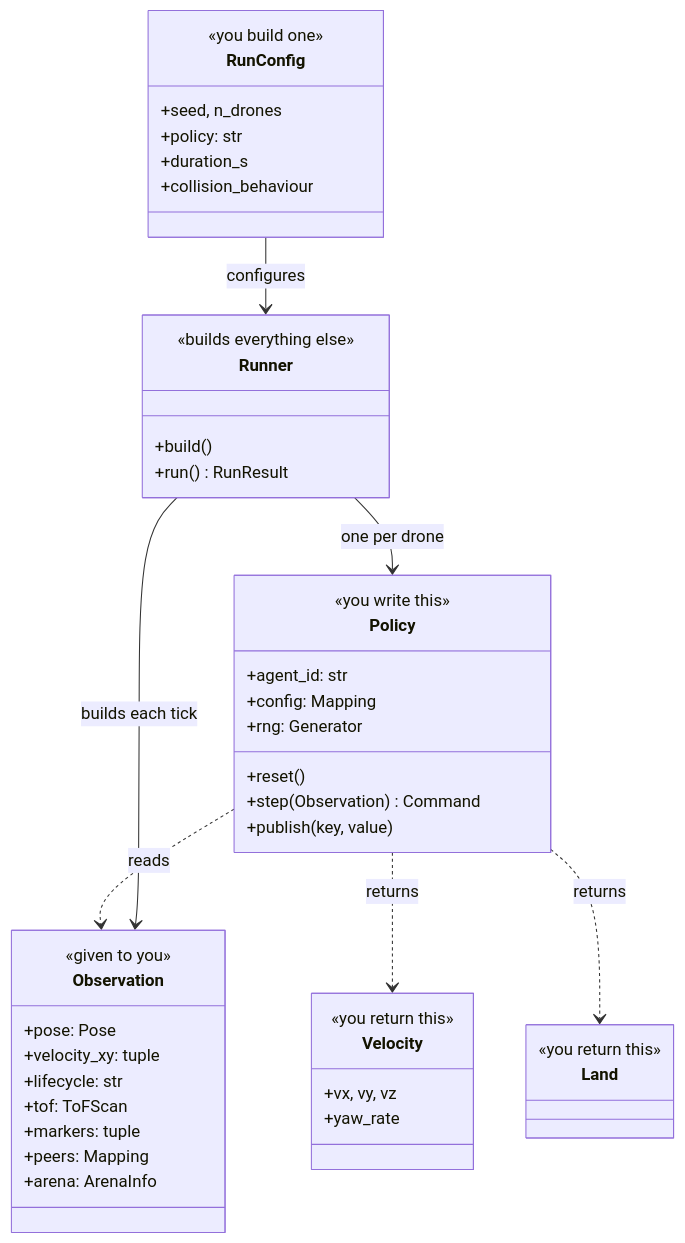
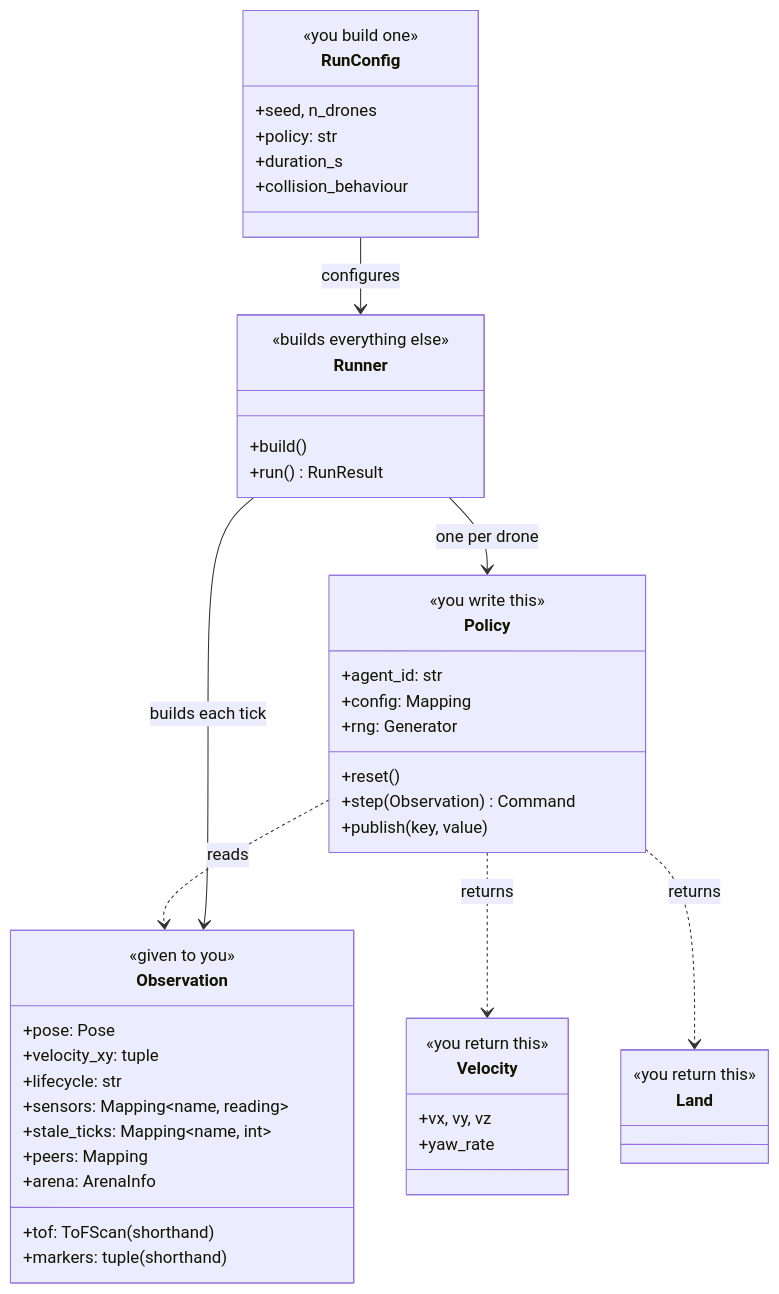
The second of 4 diagrams in ARCHITECTURE.md (nus-safmc/safmc-ir-sim), drawn with Mermaid before and after one commit. The commit also changed other lines of this file and 29 other files, not shown here.

````diff
--- a/ARCHITECTURE.md
+++ b/ARCHITECTURE.md
@@ -93,49 +102,51 @@
 ```mermaid
 classDiagram
     class Policy {
         <<you write this>>
         +agent_id: str
         +config: Mapping
         +rng: Generator
         +reset()
         +step(Observation) Command
         +publish(key, value)
     }
     class Observation {
         <<given to you>>
         +pose: Pose
         +velocity_xy: tuple
         +lifecycle: str
-        +tof: ToFScan
-        +markers: tuple
+        +sensors: Mapping~name, reading~
+        +stale_ticks: Mapping~name, int~
+        +tof: ToFScan (shorthand)
+        +markers: tuple (shorthand)
         +peers: Mapping
         +arena: ArenaInfo
     }
     class Velocity {
         <<you return this>>
         +vx, vy, vz
         +yaw_rate
     }
     class Land {
         <<you return this>>
     }
     class RunConfig {
         <<you build one>>
         +seed, n_drones
         +policy: str
         +duration_s
         +collision_behaviour
     }
     class Runner {
         <<builds everything else>>
         +build()
         +run() RunResult
     }
 
     Policy ..> Observation : reads
     Policy ..> Velocity : returns
     Policy ..> Land : returns
     Runner --> Policy : one per drone
     Runner --> Observation : builds each tick
     RunConfig --> Runner : configures
 ```
````
